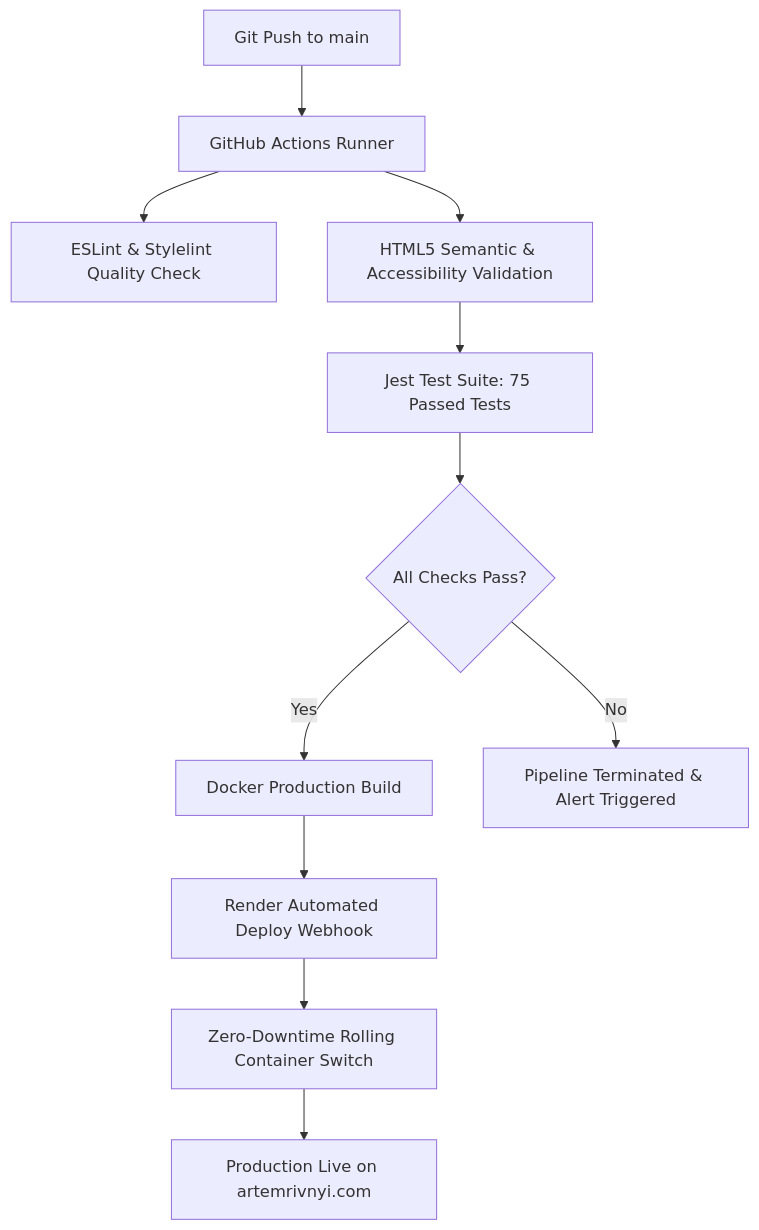
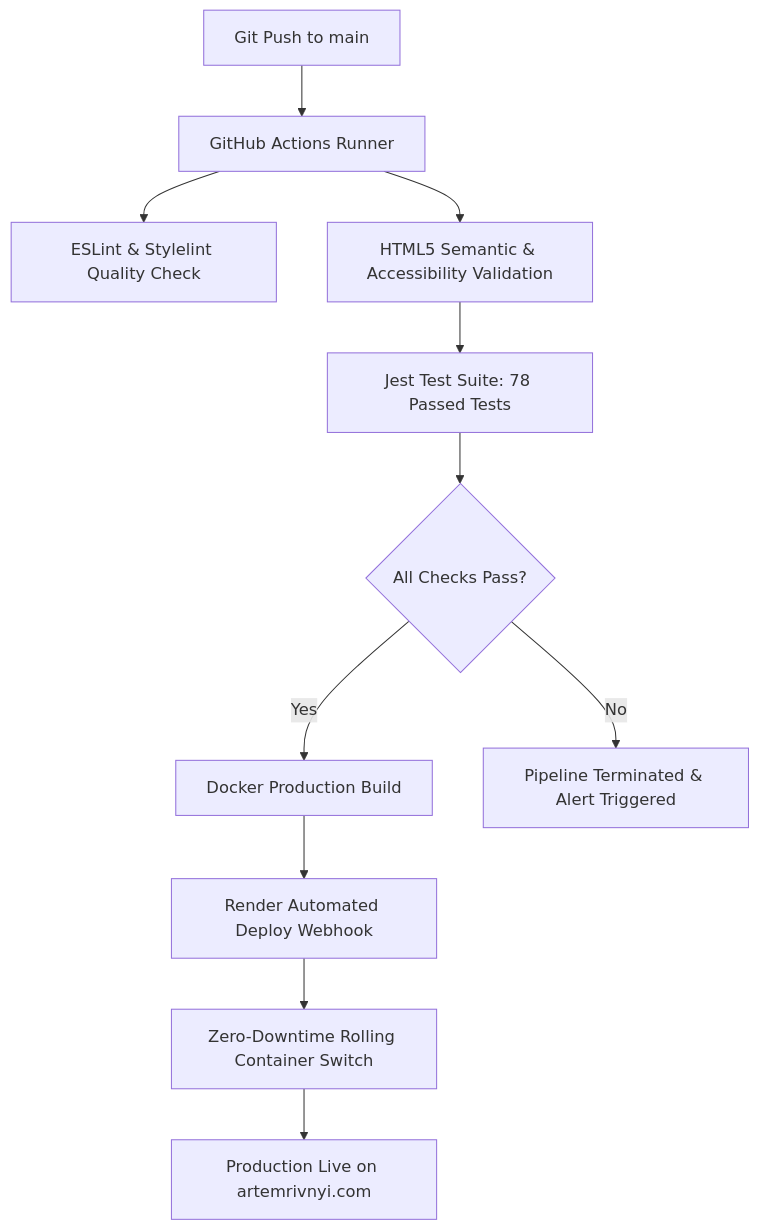
One commit to ArtemRivnyi/personal-page-devops changed the diagram in README.md. Above: the diagram before and after it, drawn with Mermaid. The commit also changed other lines of this file, not shown here.

Commit message:
docs: sync README with 78 passing tests, 2K blueprints, and full repo tree

````diff
--- a/README.md
+++ b/README.md
@@ -88,13 +91,13 @@
 ```mermaid
 graph TD
     A[Git Push to main] --> B[GitHub Actions Runner]
     B --> C[ESLint & Stylelint Quality Check]
     B --> D[HTML5 Semantic & Accessibility Validation]
-    D --> E[Jest Test Suite: 75 Passed Tests]
+    D --> E[Jest Test Suite: 78 Passed Tests]
     E --> F{All Checks Pass?}
     F -->|Yes| G[Docker Production Build]
     F -->|No| H[Pipeline Terminated & Alert Triggered]
     G --> I[Render Automated Deploy Webhook]
     I --> J[Zero-Downtime Rolling Container Switch]
     J --> K[Production Live on artemrivnyi.com]
 ```
````
